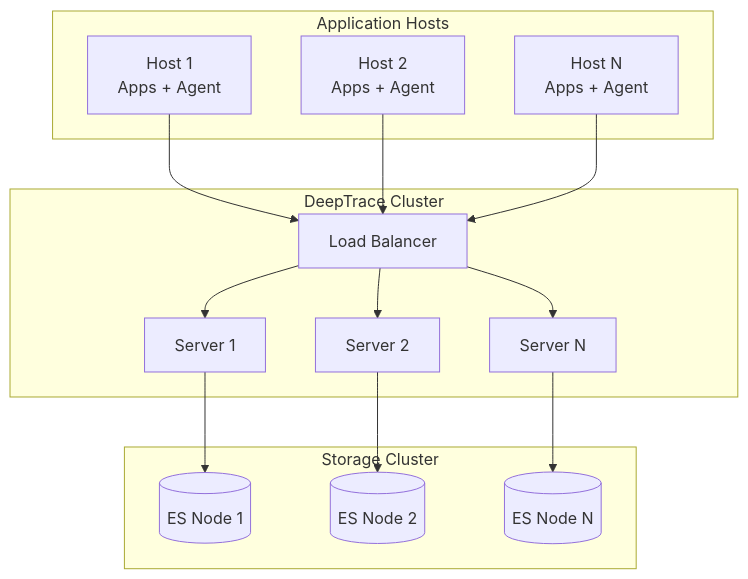
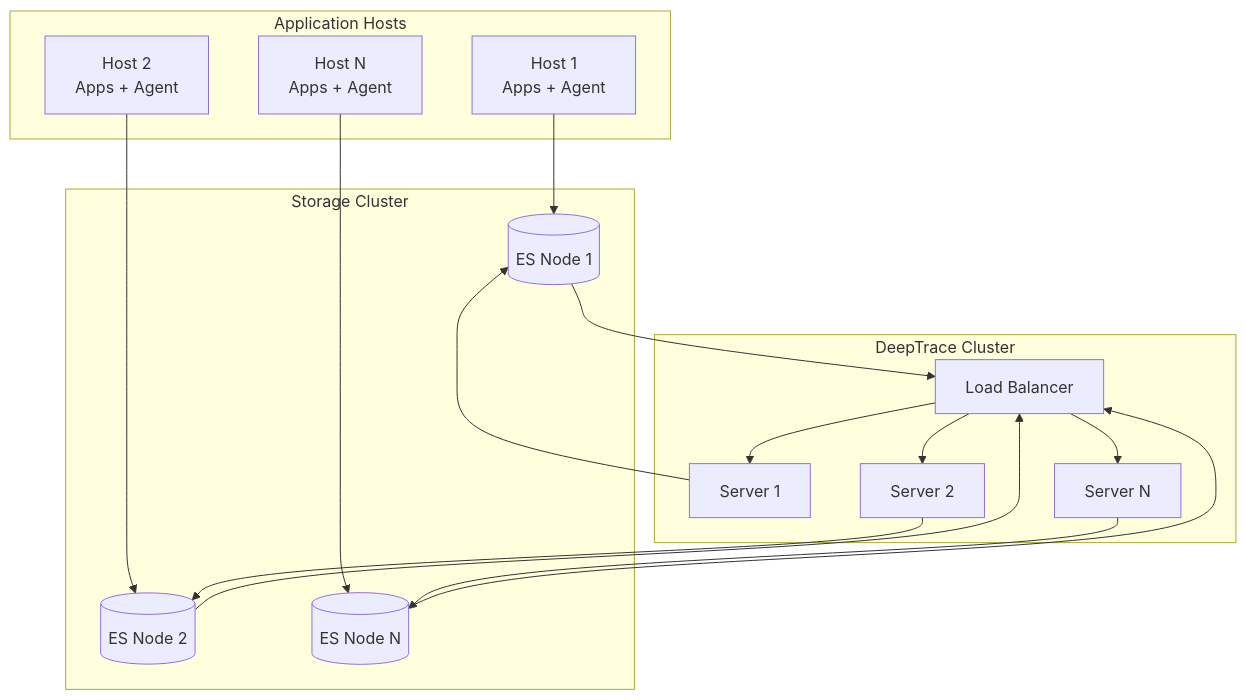
One commit to DeepShield-AI/DeepTrace changed the sixth of 7 diagrams in docs/src/architecture/overview.md. Above: the diagram before and after it, drawn with Mermaid. The commit also changed other lines of this file and 5 other files, not shown here.

````diff
--- a/docs/src/architecture/overview.md
+++ b/docs/src/architecture/overview.md
@@ -256,33 +256,37 @@
 ```mermaid
 graph TB
     subgraph "Application Hosts"
         HOST1[Host 1<br/>Apps + Agent]
         HOST2[Host 2<br/>Apps + Agent]
         HOSTN[Host N<br/>Apps + Agent]
     end
     
     subgraph "DeepTrace Cluster"
         LB[Load Balancer]
         SERVER1[Server 1]
         SERVER2[Server 2]
         SERVERN[Server N]
     end
     
     subgraph "Storage Cluster"
         ES1[(ES Node 1)]
         ES2[(ES Node 2)]
         ESN[(ES Node N)]
     end
     
-    HOST1 --> LB
-    HOST2 --> LB
-    HOSTN --> LB
+    HOST1 --> ES1
+    HOST2 --> ES2
+    HOSTN --> ESN
+    
+    ES1 --> LB
+    ES2 --> LB
+    ESN --> LB
     
     LB --> SERVER1
     LB --> SERVER2
     LB --> SERVERN
     
     SERVER1 --> ES1
     SERVER2 --> ES2
     SERVERN --> ESN
 ```
````
